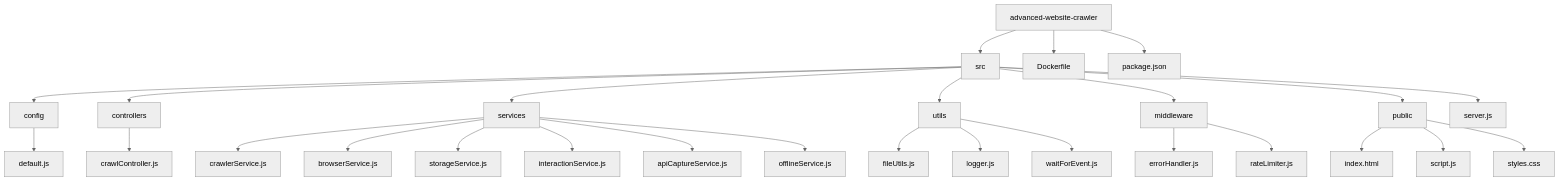
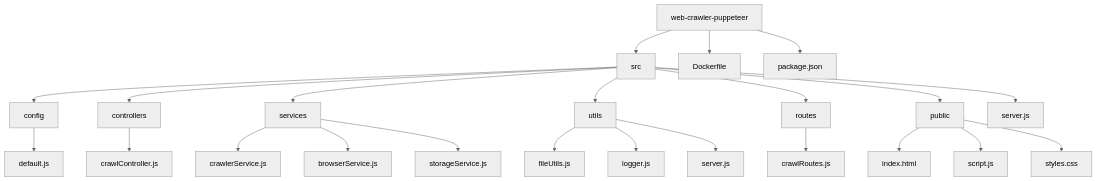
One commit to AhmetShbz/web-crawler-puppeteer changed the diagram in readme.md. Above: the diagram before and after it, drawn with Mermaid (neutral theme).

````diff
--- a/readme.md
+++ b/readme.md
@@ -46,29 +46,26 @@
 ```mermaid
 graph TD
-    A[advanced-website-crawler] --> B[src]
+    A[web-crawler-puppeteer] --> B[src]
     A --> C[Dockerfile]
     A --> D[package.json]
     B --> E[config]
     B --> F[controllers]
     B --> G[services]
     B --> H[utils]
-    B --> I[middleware]
+    B --> I[routes]
     B --> J[public]
     B --> K[server.js]
     E --> E1[default.js]
     F --> F1[crawlController.js]
     G --> G1[crawlerService.js]
     G --> G2[browserService.js]
     G --> G3[storageService.js]
-    G --> G4[interactionService.js]
-    G --> G5[apiCaptureService.js]
-    G --> G6[offlineService.js]
     H --> H1[fileUtils.js]
     H --> H2[logger.js]
-    H --> H3[waitForEvent.js]
-    I --> I1[errorHandler.js]
-    I --> I2[rateLimiter.js]
+    H --> H3[server.js]
+    I --> I1[crawlRoutes.js]
     J --> J1[index.html]
     J --> J2[script.js]
     J --> J3[styles.css]
+
 ```
````
